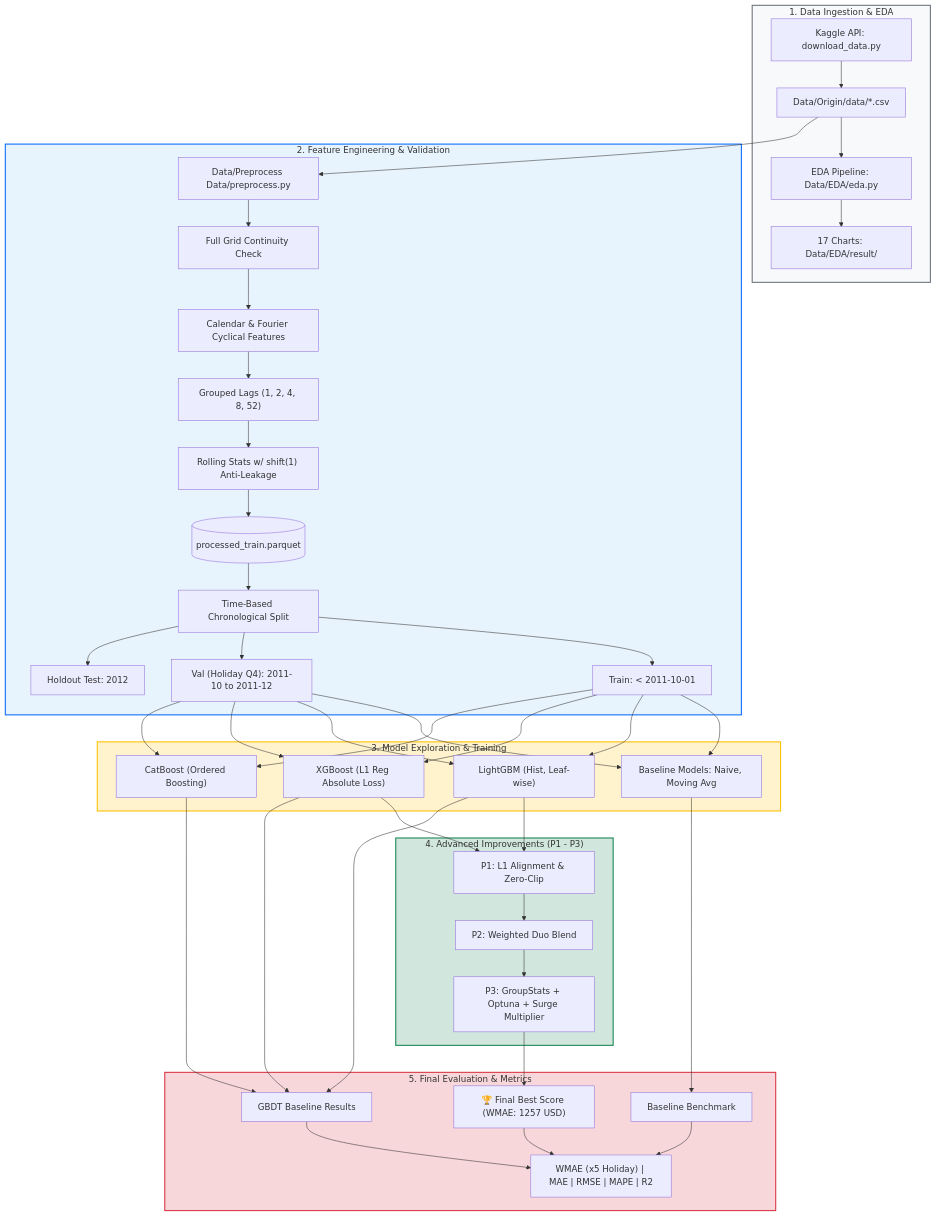
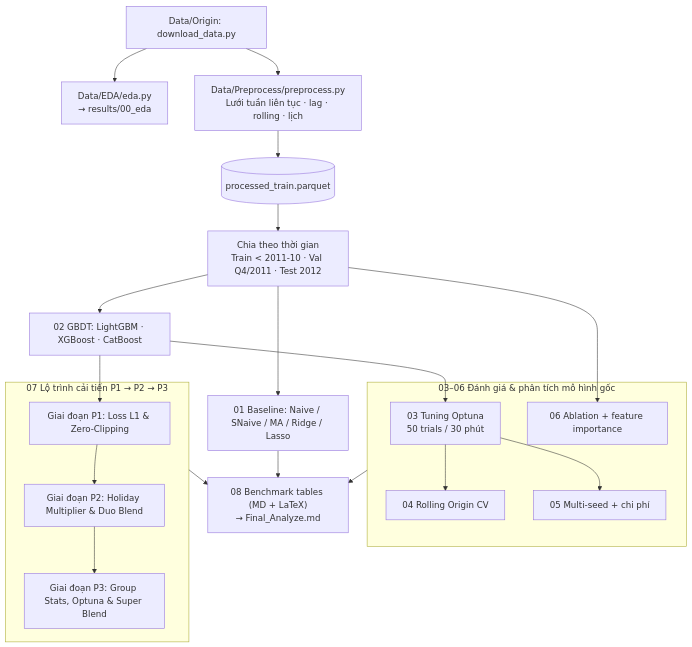
One commit to Cocobaut/Time-Series-Forecasting-By-ML changed the diagram in README.md. Above: the diagram before and after it, drawn with Mermaid. The commit also changed other lines of this file and 149 other files, not shown here.

````diff
--- a/README.md
+++ b/README.md
@@ -169,47 +160,28 @@
 ```mermaid
 flowchart TD
-    subgraph INGESTION["1. Data Ingestion & EDA"]
-        A["Kaggle API: download_data.py"] --> B["Data/Origin/data/*.csv"]
-        B --> C["EDA Pipeline: Data/EDA/eda.py"]
-        C --> D["17 Charts: Data/EDA/result/"]
+    A["Data/Origin: download_data.py"] --> B["Data/EDA/eda.py<br/>→ results/00_eda"]
+    A --> C["Data/Preprocess/preprocess.py<br/>Lưới tuần liên tục · lag · rolling · lịch"]
+    C --> D[("processed_train.parquet")]
+    D --> S["Chia theo thời gian<br/>Train &lt; 2011-10 · Val Q4/2011 · Test 2012"]
+
+    S --> E1["01 Baseline: Naive / SNaive / MA / Ridge / Lasso"]
+    S --> E2["02 GBDT: LightGBM · XGBoost · CatBoost"]
+
+    subgraph EVAL["03–06 Đánh giá & phân tích mô hình gốc"]
+        E3["03 Tuning Optuna<br/>50 trials / 30 phút"] --> E4["04 Rolling Origin CV"]
+        E3 --> E5["05 Multi-seed + chi phí"]
+        E6["06 Ablation + feature importance"]
     end
+    E2 --> E3
+    S --> E6
 
-    subgraph PREPROCESSING["2. Feature Engineering & Validation"]
-        B --> E["Data/Preprocess Data/preprocess.py"]
-        E --> F["Full Grid Continuity Check"]
-        F --> G["Calendar & Fourier Cyclical Features"]
-        G --> H["Grouped Lags (1, 2, 4, 8, 52)"]
-        H --> I["Rolling Stats w/ shift(1) Anti-Leakage"]
-        I --> J[("processed_train.parquet")]
-        J --> K["Time-Based Chronological Split"]
-        K --> K1["Train: < 2011-10-01"]
-        K --> K2["Val (Holiday Q4): 2011-10 to 2011-12"]
-        K --> K3["Holdout Test: 2012"]
+    subgraph IMP["07 Lộ trình cải tiến P1 → P2 → P3"]
+        H1["Giai đoạn P1: Loss L1 & Zero-Clipping"]
+        H2["Giai đoạn P2: Holiday Multiplier & Duo Blend"]
+        H3["Giai đoạn P3: Group Stats, Optuna & Super Blend"]
+        H1 --> H2 --> H3
     end
+    E2 --> H1
 
-    subgraph MODELING["3. Model Exploration & Training"]
-        K1 & K2 --> M0["Baseline Models: Naive, Moving Avg"]
-        K1 & K2 --> M1["LightGBM (Hist, Leaf-wise)"]
-        K1 & K2 --> M2["XGBoost (L1 Reg Absolute Loss)"]
-        K1 & K2 --> M3["CatBoost (Ordered Boosting)"]
-    end
-
-    subgraph OPTIMIZATION["4. Advanced Improvements (P1 - P3)"]
-        M1 & M2 --> P1["P1: L1 Alignment & Zero-Clip"]
-        P1 --> P2["P2: Weighted Duo Blend"]
-        P2 --> P3["P3: GroupStats + Optuna + Surge Multiplier"]
-    end
-
-    subgraph EVALUATION["5. Final Evaluation & Metrics"]
-        M0 --> R0["Baseline Benchmark"]
-        M1 & M2 & M3 --> R1["GBDT Baseline Results"]
-        P3 --> R2["🏆 Final Best Score (WMAE: 1257 USD)"]
-        R0 & R1 & R2 --> EV["WMAE (x5 Holiday) | MAE | RMSE | MAPE | R2"]
-    end
-
-    style INGESTION fill:#f8f9fa,stroke:#6c757d,stroke-width:2px
-    style PREPROCESSING fill:#e8f4fd,stroke:#0d6efd,stroke-width:2px
-    style MODELING fill:#fff3cd,stroke:#ffc107,stroke-width:2px
-    style OPTIMIZATION fill:#d1e7dd,stroke:#198754,stroke-width:2px
-    style EVALUATION fill:#f8d7da,stroke:#dc3545,stroke-width:2px
+    E1 & EVAL & IMP --> E8["08 Benchmark tables (MD + LaTeX)<br/>→ Final_Analyze.md"]
 ```
````
